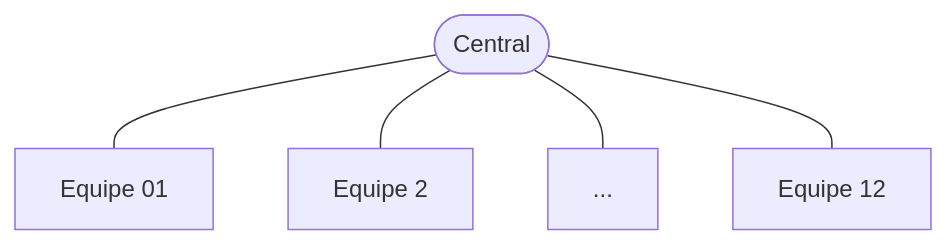
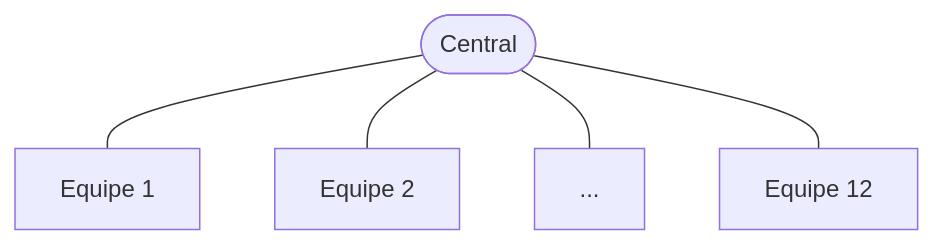
Before and after one commit to ederson-torresini/itl20242: the diagram in feira.md, drawn with Mermaid.

Commit message:
Corrigir grafo

````diff
--- a/feira.md
+++ b/feira.md
@@ -5,12 +5,12 @@
 ```mermaid
 flowchart TD
   central([Central])
-  e1[Equipe 01]
+  e1[Equipe 1]
   e2[Equipe 2]
   e12[Equipe 12]
 
   central --- e1
   central --- e2
   central --- ...
   central --- e12
 ```
````
